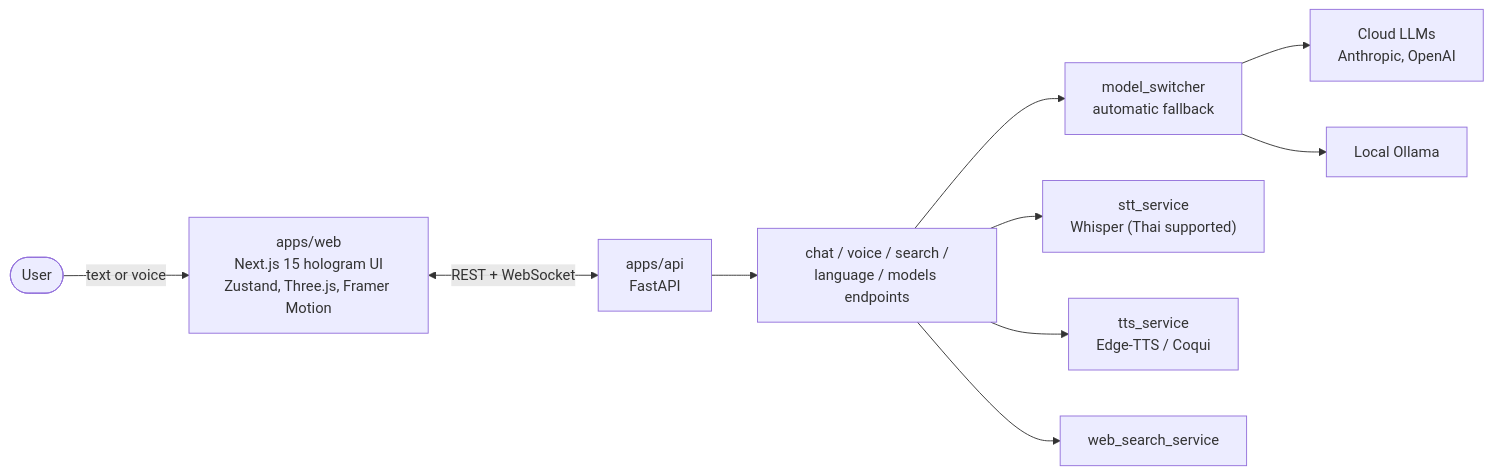
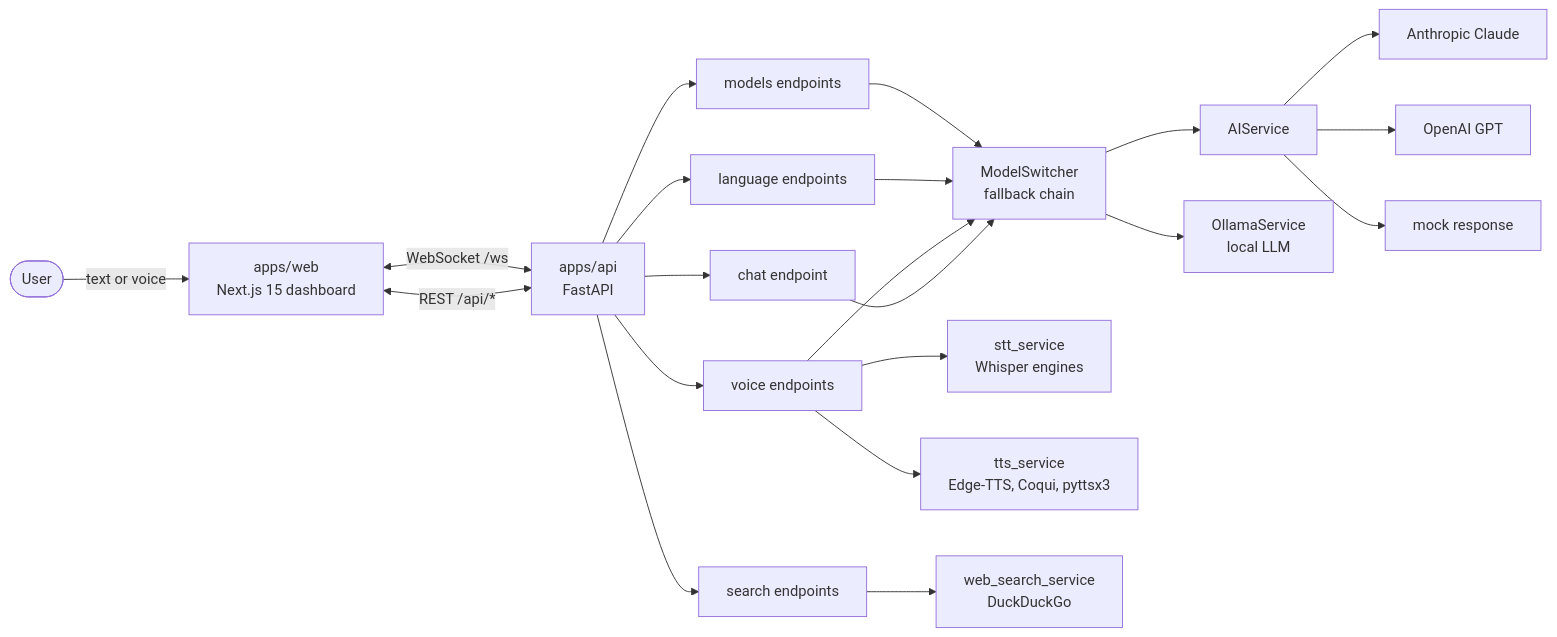
One commit to Dxrksvng/javis changed the first of 3 diagrams in README.md. Above: the diagram before and after it, drawn with Mermaid. The commit also changed other lines of this file, not shown here.

Commit message:
docs: rewrite README with architecture, flows and tech stack (#2)

````diff
--- a/README.md
+++ b/README.md
@@ -19,12 +90,23 @@
 ```mermaid
 flowchart LR
-    U([User]) -->|"text or voice"| W["apps/web\nNext.js 15 hologram UI\nZustand, Three.js, Framer Motion"]
-    W <-->|"REST + WebSocket"| API["apps/api\nFastAPI"]
-    API --> CH["chat / voice / search /\nlanguage / models endpoints"]
-    CH --> MS["model_switcher\nautomatic fallback"]
-    MS --> CL["Cloud LLMs\nAnthropic, OpenAI"]
-    MS --> OL["Local Ollama"]
-    CH --> STT["stt_service\nWhisper (Thai supported)"]
-    CH --> TTS["tts_service\nEdge-TTS / Coqui"]
-    CH --> WS["web_search_service"]
+    U([User]) -->|"text or voice"| W["apps/web\nNext.js 15 dashboard"]
+    W <-->|"REST /api/*"| API["apps/api\nFastAPI"]
+    W <-->|"WebSocket /ws"| API
+    API --> CH["chat endpoint"]
+    API --> VO["voice endpoints"]
+    API --> LN["language endpoints"]
+    API --> SE["search endpoints"]
+    API --> MD["models endpoints"]
+    CH --> MS["ModelSwitcher\nfallback chain"]
+    VO --> STT["stt_service\nWhisper engines"]
+    VO --> TTS["tts_service\nEdge-TTS, Coqui, pyttsx3"]
+    VO --> MS
+    LN --> MS
+    SE --> WS["web_search_service\nDuckDuckGo"]
+    MD --> MS
+    MS --> AI["AIService"]
+    AI --> CL["Anthropic Claude"]
+    AI --> GP["OpenAI GPT"]
+    AI --> MK["mock response"]
+    MS --> OL["OllamaService\nlocal LLM"]
 ```
````
